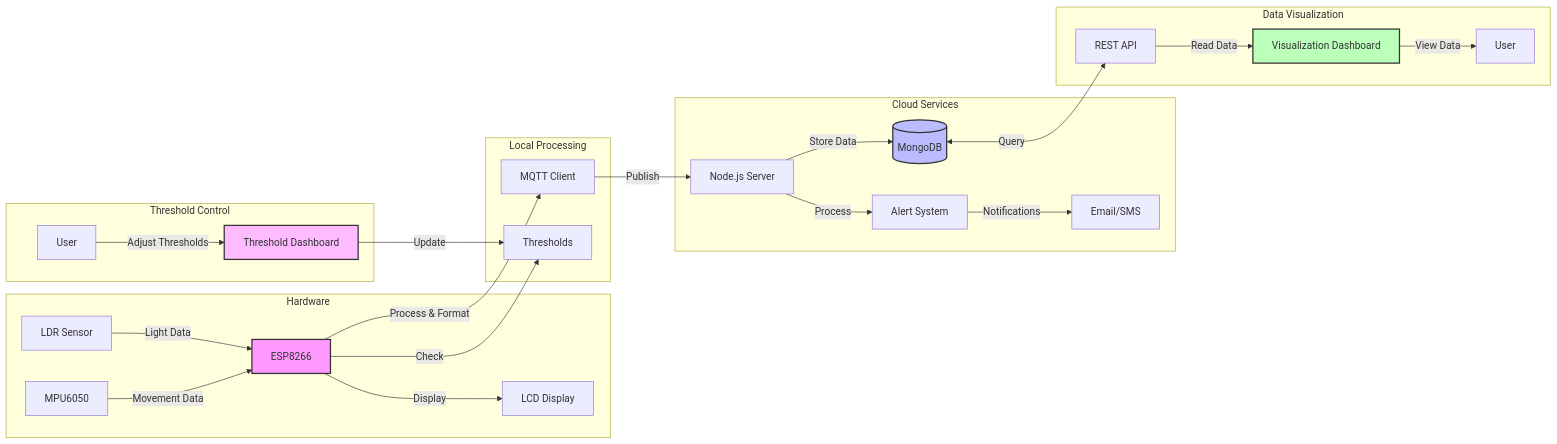
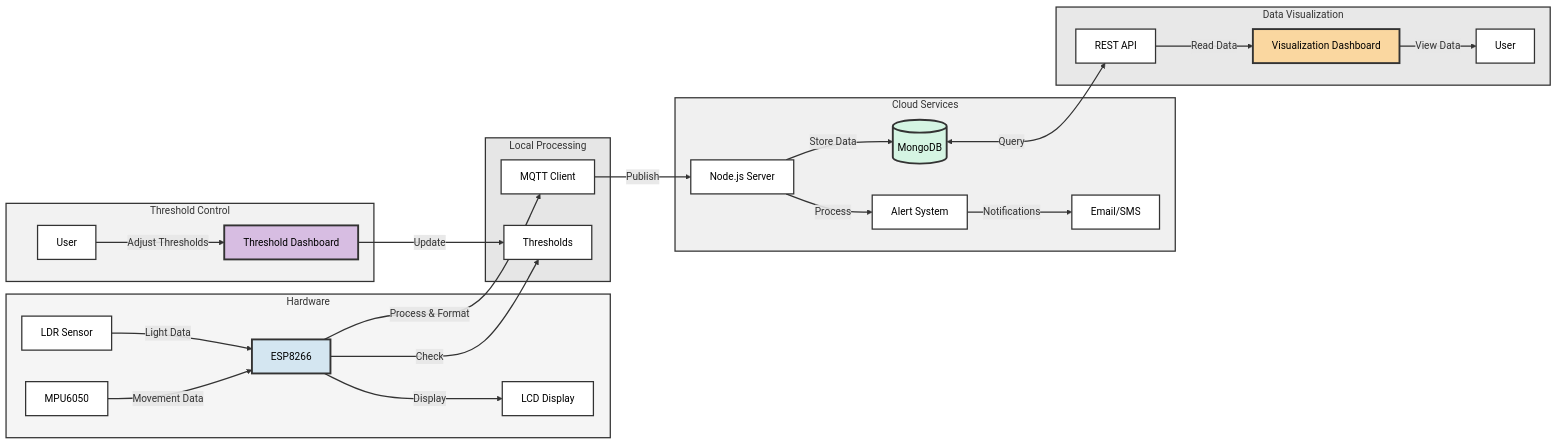
One commit to Lin775533/DualDash-IoT-Monitor changed the first of 2 diagrams in README.md. Above: the diagram before and after it, drawn with Mermaid.

````diff
--- a/README.md
+++ b/README.md
@@ -14,36 +14,49 @@
 ```mermaid
 graph LR
-    subgraph Hardware
+    %% Increase size and spacing
+    linkStyle default stroke-width:2px
+
+    subgraph Hardware[" Hardware "]
+        style Hardware fill:#f5f5f5,stroke:#333,stroke-width:2px
         LDR[LDR Sensor] -->|Light Data| ESP[ESP8266]
         MPU[MPU6050] -->|Movement Data| ESP
         ESP -->|Display| LCD[LCD Display]
     end
 
-    subgraph Local Processing
+    subgraph Local["Local Processing"]
+        style Local fill:#e6e6e6,stroke:#333,stroke-width:2px
         ESP -->|Process & Format| MQTT[MQTT Client]
         ESP -->|Check| TH[Thresholds]
     end
 
-    subgraph Cloud Services
+    subgraph Cloud["Cloud Services"]
+        style Cloud fill:#f0f0f0,stroke:#333,stroke-width:2px
         MQTT -->|Publish| NODE[Node.js Server]
         NODE -->|Store Data| DB[(MongoDB)]
         NODE -->|Process| ALERT[Alert System]
         ALERT -->|Notifications| NOTIFY[Email/SMS]
     end
 
-    subgraph Data Visualization
+    subgraph Viz["Data Visualization"]
+        style Viz fill:#e8e8e8,stroke:#333,stroke-width:2px
         DB <-->|Query| API[REST API]
         API -->|Read Data| VDASH[Visualization Dashboard]
         VDASH -->|View Data| USER1[User]
     end
 
-    subgraph Threshold Control
+    subgraph Control["Threshold Control"]
+        style Control fill:#f2f2f2,stroke:#333,stroke-width:2px
         TDASH[Threshold Dashboard] -->|Update| TH
         USER2[User] -->|Adjust Thresholds| TDASH
     end
 
-    style ESP fill:#f9f,stroke:#333,stroke-width:2px
-    style DB fill:#bbf,stroke:#333,stroke-width:2px
-    style VDASH fill:#bfb,stroke:#333,stroke-width:2px
-    style TDASH fill:#fbf,stroke:#333,stroke-width:2px
+    %% Node Styles with better contrast
+    style ESP fill:#d4e6f1,stroke:#333,stroke-width:3px
+    style DB fill:#d5f5e3,stroke:#333,stroke-width:3px
+    style VDASH fill:#fad7a0,stroke:#333,stroke-width:3px
+    style TDASH fill:#d7bde2,stroke:#333,stroke-width:3px
+    
+    %% Make all text black for better readability
+    classDef default fill:#fff,stroke:#333,stroke-width:2px,color:#000
+    classDef emphasis fill:#e8e8e8,stroke:#333,stroke-width:3px,color:#000
 ```
````
